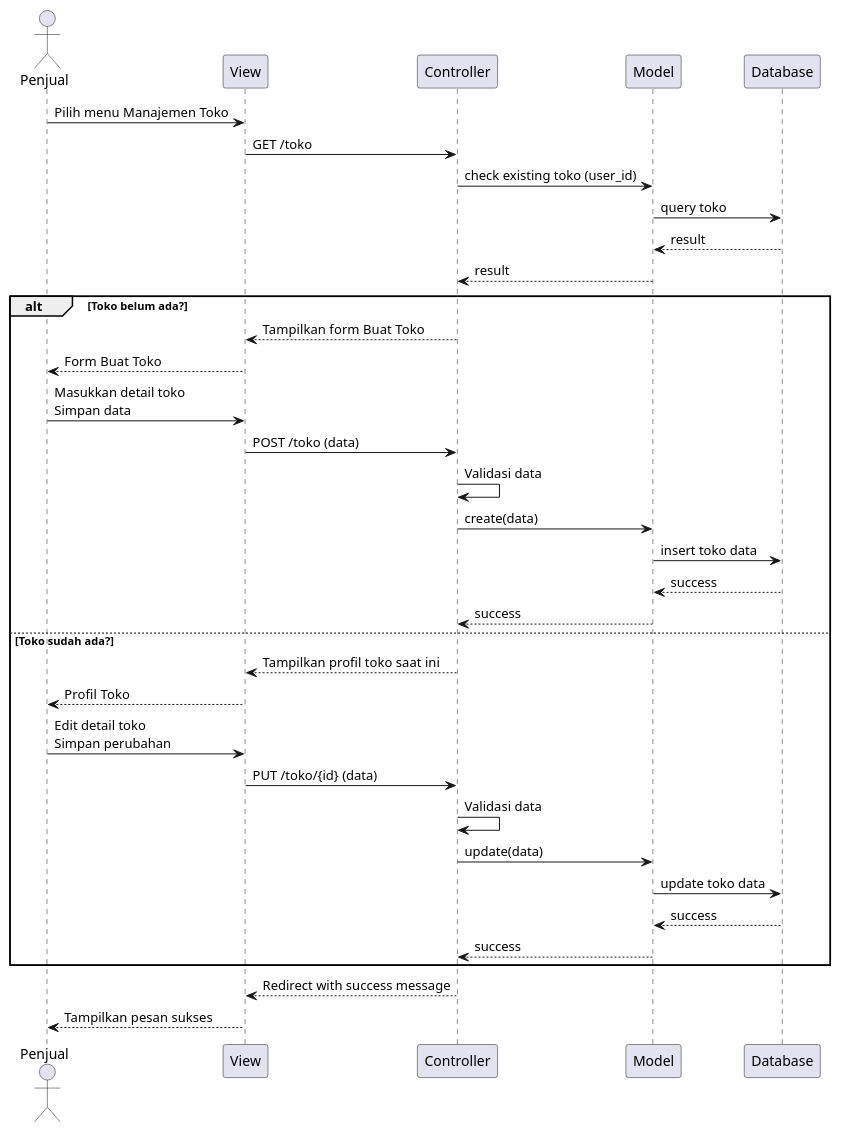
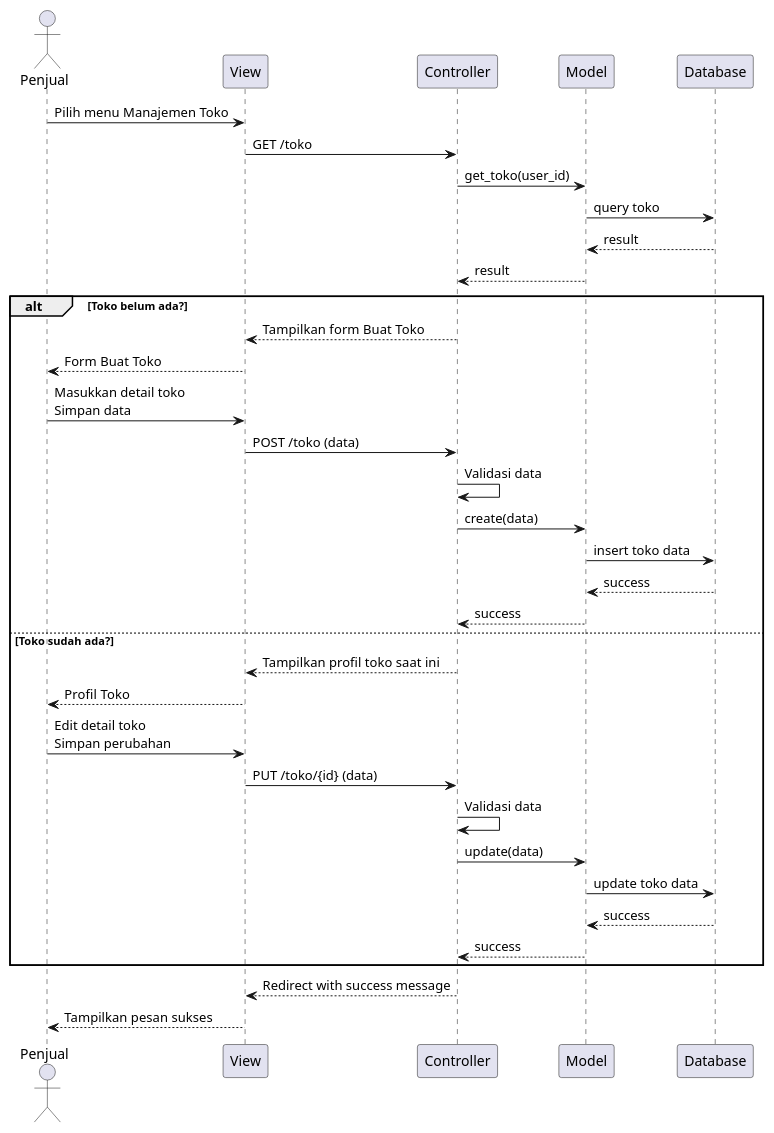
The diagram in docs/uml/sequence-toko.puml (GitSyah111/toko-umkm-app), drawn with PlantUML before and after one commit. The commit also changed 35 other files, not shown here.

First line of the commit message:
feat: add database schema, seeders, and wishlist entity

```diff
--- a/docs/uml/sequence-toko.puml
+++ b/docs/uml/sequence-toko.puml
@@ -1,40 +1,40 @@
 @startuml
 actor Penjual
 participant View
 participant Controller
 participant Model
 participant Database
 
 Penjual -> View : Pilih menu Manajemen Toko
 View -> Controller : GET /toko
 
-Controller -> Model : check existing toko (user_id)
+Controller -> Model : get_toko(user_id)
 Model -> Database : query toko
 Database --> Model : result
 Model --> Controller : result
 
 alt Toko belum ada?
     Controller --> View : Tampilkan form Buat Toko
     View --> Penjual : Form Buat Toko
     Penjual -> View : Masukkan detail toko\nSimpan data
     View -> Controller : POST /toko (data)
     Controller -> Controller : Validasi data
     Controller -> Model : create(data)
     Model -> Database : insert toko data
     Database --> Model : success
     Model --> Controller : success
 else Toko sudah ada?
     Controller --> View : Tampilkan profil toko saat ini
     View --> Penjual : Profil Toko
     Penjual -> View : Edit detail toko\nSimpan perubahan
     View -> Controller : PUT /toko/{id} (data)
     Controller -> Controller : Validasi data
     Controller -> Model : update(data)
     Model -> Database : update toko data
     Database --> Model : success
     Model --> Controller : success
 end
 
 Controller --> View : Redirect with success message
 View --> Penjual : Tampilkan pesan sukses
 @enduml
```
